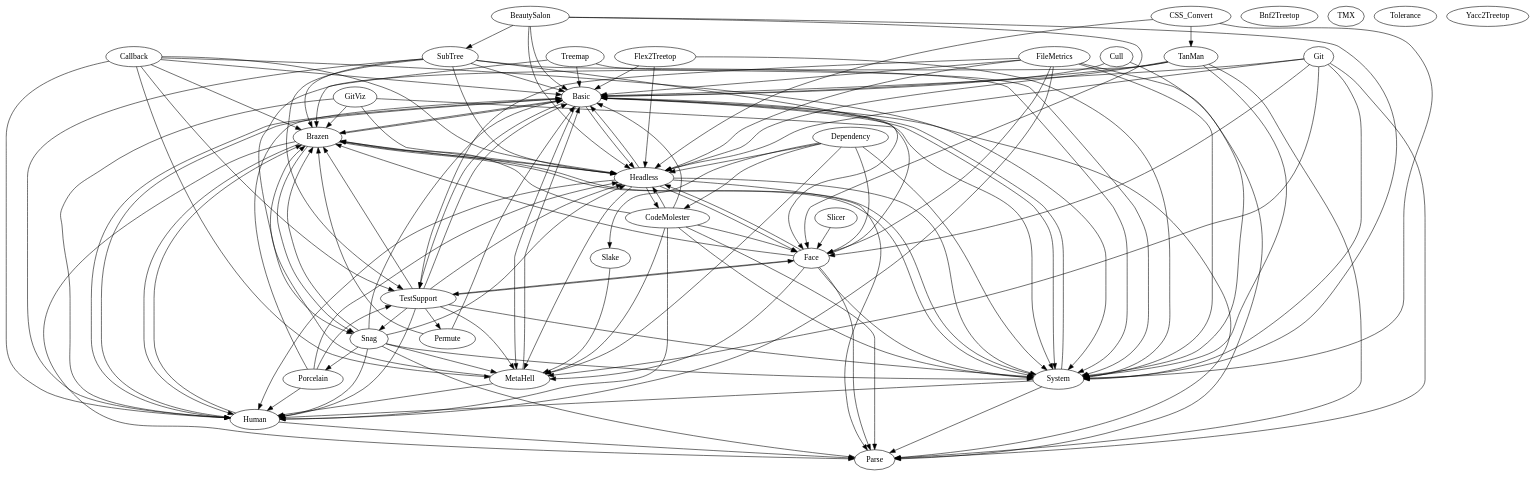
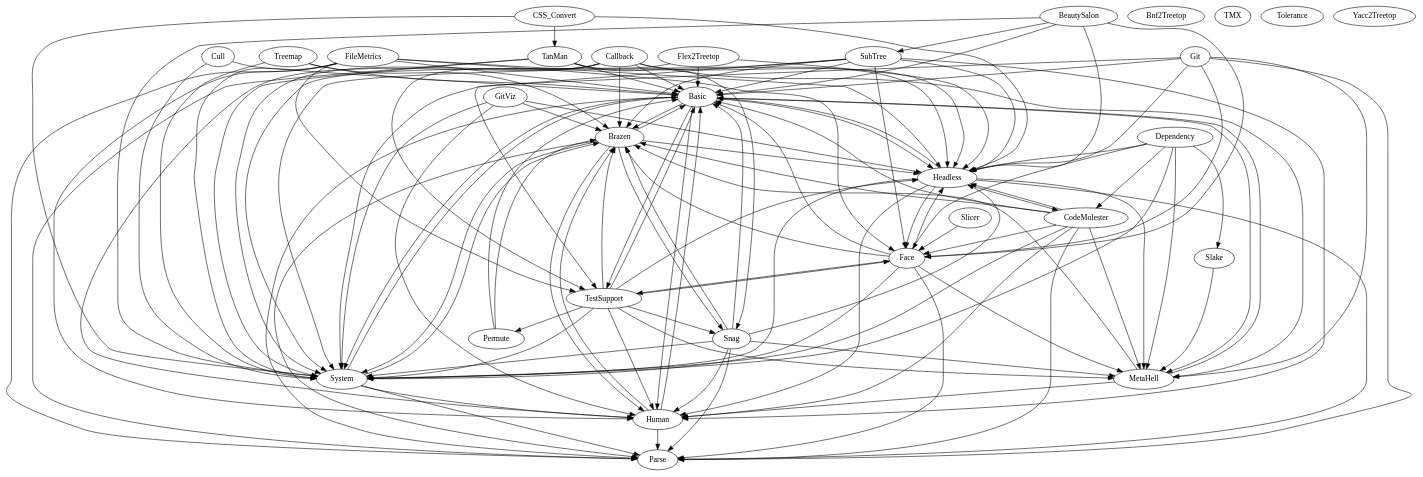
Before and after one commit to hipe/tmx: the diagram in lib/skylab/slicer/doc/sidesystem-dependencies/01-use-this-one.dot, drawn with Graphviz. The commit also changed 29 other files, not shown here.

```diff
--- a/lib/skylab/slicer/doc/sidesystem-dependencies/01-use-this-one.dot
+++ b/lib/skylab/slicer/doc/sidesystem-dependencies/01-use-this-one.dot
@@ -1,161 +1,155 @@
 digraph {
   ba [ label="Basic" ]
   bs [ label="BeautySalon" ]
   b2 [ label="Bnf2Treetop" ]
   br [ label="Brazen" ]
   ca [ label="Callback" ]
   cm [ label="CodeMolester" ]
   cs [ label="CSS_Convert" ]
   cu [ label="Cull" ]
   de [ label="Dependency" ]
   fa [ label="Face" ]
   fm [ label="FileMetrics" ]
   f2 [ label="Flex2Treetop" ]
   gi [ label="Git" ]
   gv [ label="GitViz" ]
   he [ label="Headless" ]
   hu [ label="Human" ]
   mh [ label="MetaHell" ]
   pa [ label="Parse" ]
   pe [ label="Permute" ]
-  po [ label="Porcelain" ]
   sla [ label="Slake" ]
   sli [ label="Slicer" ]
   sn [ label="Snag" ]
   st [ label="SubTree" ]
   sy [ label="System" ]
   tan [ label="TanMan" ]
   tmx [ label="TMX" ]
   ts [ label="TestSupport" ]
   to [ label="Tolerance" ]
   tr [ label="Treemap" ]
   y2 [ label="Yacc2Treetop" ]
   ba -> br
   ba -> he
   ba -> hu
   ba -> mh
   ba -> pa
   ba -> sy
   ba -> ts
   bs -> ba
   bs -> fa
   bs -> he
   bs -> st
   bs -> sy
   br -> ba
   br -> he
   br -> hu
   br -> pa
   br -> sn
   br -> sy
   ca -> ba
   ca -> br
   ca -> he
   ca -> hu
   ca -> mh
   ca -> sy
   ca -> ts
   cm -> ba
   cm -> br
   cm -> fa
   cm -> he
   cm -> hu
   cm -> mh
   cm -> pa
   cm -> sy
   cs -> he
   cs -> sy
   cs -> tan
   cu -> ba
   cu -> sy
   de -> cm
   de -> fa
   de -> he
   de -> mh
   de -> sla
   de -> sy
   fa -> br
   fa -> ba
   fa -> he
   fa -> mh
   fa -> pa
   fa -> sy
   fa -> ts
   fm -> ba
   fm -> fa
   fm -> he
   fm -> hu
   fm -> pa
   fm -> sy
   fm -> ts
   f2 -> ba
   f2 -> he
   f2 -> sy
   gi -> ba
   gi -> fa
   gi -> he
   gi -> mh
   gi -> pa
   gi -> sy
   gv -> br
   gv -> he
   gv -> hu
   gv -> sy
   he -> ba
   he -> cm
   he -> fa
   he -> hu
   he -> mh
   he -> pa
   he -> sy
   hu -> ba
   hu -> br
   hu -> pa
   mh -> ba
   mh -> br
   mh -> hu
   pe -> ba
   pe -> br
-  po -> ba
-  po -> he
-  po -> hu
-  po -> ts
   sla -> mh
   sli -> fa
   sn -> ba
   sn -> br
   sn -> he
   sn -> hu
   sn -> mh
   sn -> pa
-  sn -> po
   sn -> sy
   st -> ba
   st -> br
   st -> fa
   st -> hu
   st -> he
   st -> sy
   st -> ts
   sy -> ba
   sy -> br
   sy -> hu
   sy -> pa
   tan -> ba
   tan -> he
   tan -> pa
   tan -> sn
   tan -> sy
   ts -> ba
   ts -> br
   ts -> pe
   ts -> fa
   ts -> he
   ts -> hu
   ts -> mh
   ts -> sn
   ts -> sy
   tr -> ba
   tr -> br
   tr -> sy
 }
```
